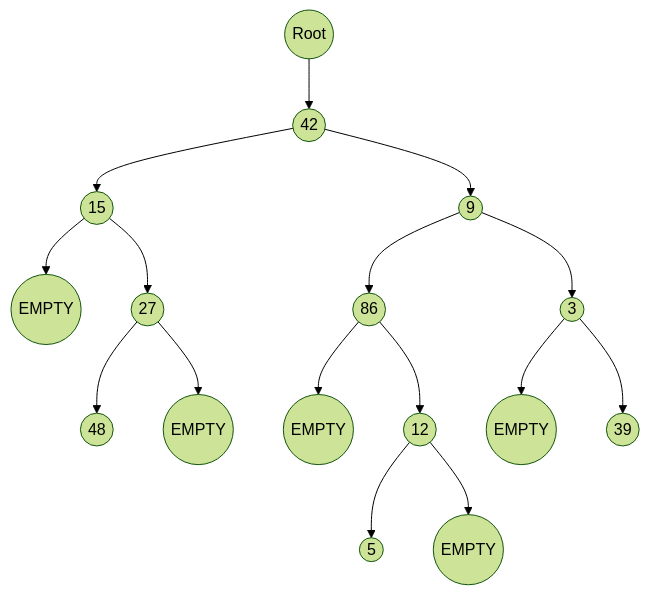
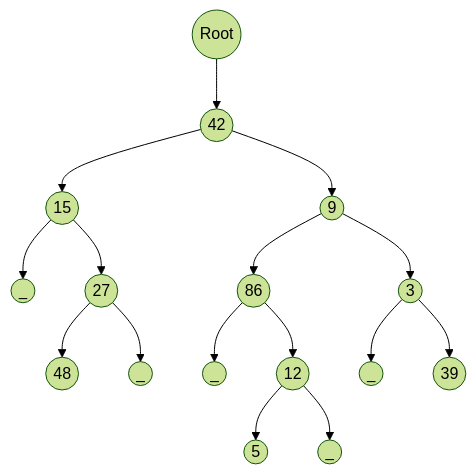
The first of 4 diagrams in lecture-notes/w07.md (jayshozie/ceng301), drawn with Mermaid (forest theme) before and after one commit. The commit also changed other lines of this file, not shown here.

Commit message:
nrt in w07

````diff
--- a/lecture-notes/w07.md
+++ b/lecture-notes/w07.md
@@ -181,21 +181,21 @@
 ```mermaid
 graph TB
 
 A((Root)) --> B((42))
 B --> C((15))
 B --> D((9))
-C --> Z((EMPTY))
+C --> Z((_))
 C --> E((27))
 E --> F((48))
-E --> Y((EMPTY))
+E --> Y((_))
 
 D --> G((86))
 D --> H((3))
-G --> X((EMPTY))
+G --> X((_))
 G --> I((12))
 I --> J((5))
-I --> W((EMPTY))
+I --> W((_))
 
-H --> V((EMPTY))
+H --> V((_))
 H --> K((39))
 ```
````
